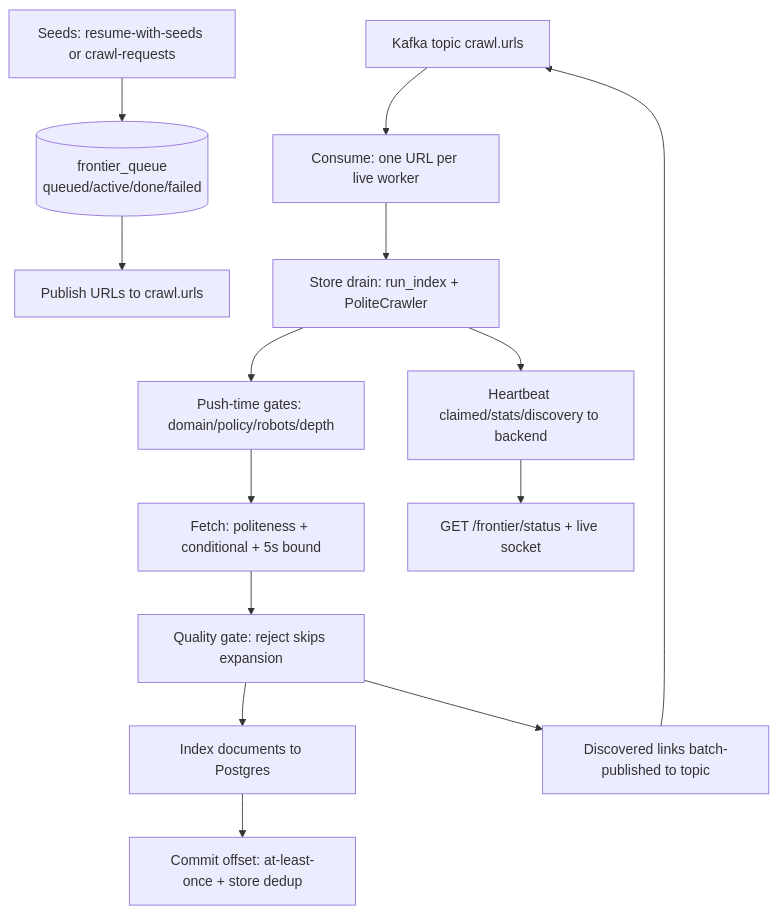
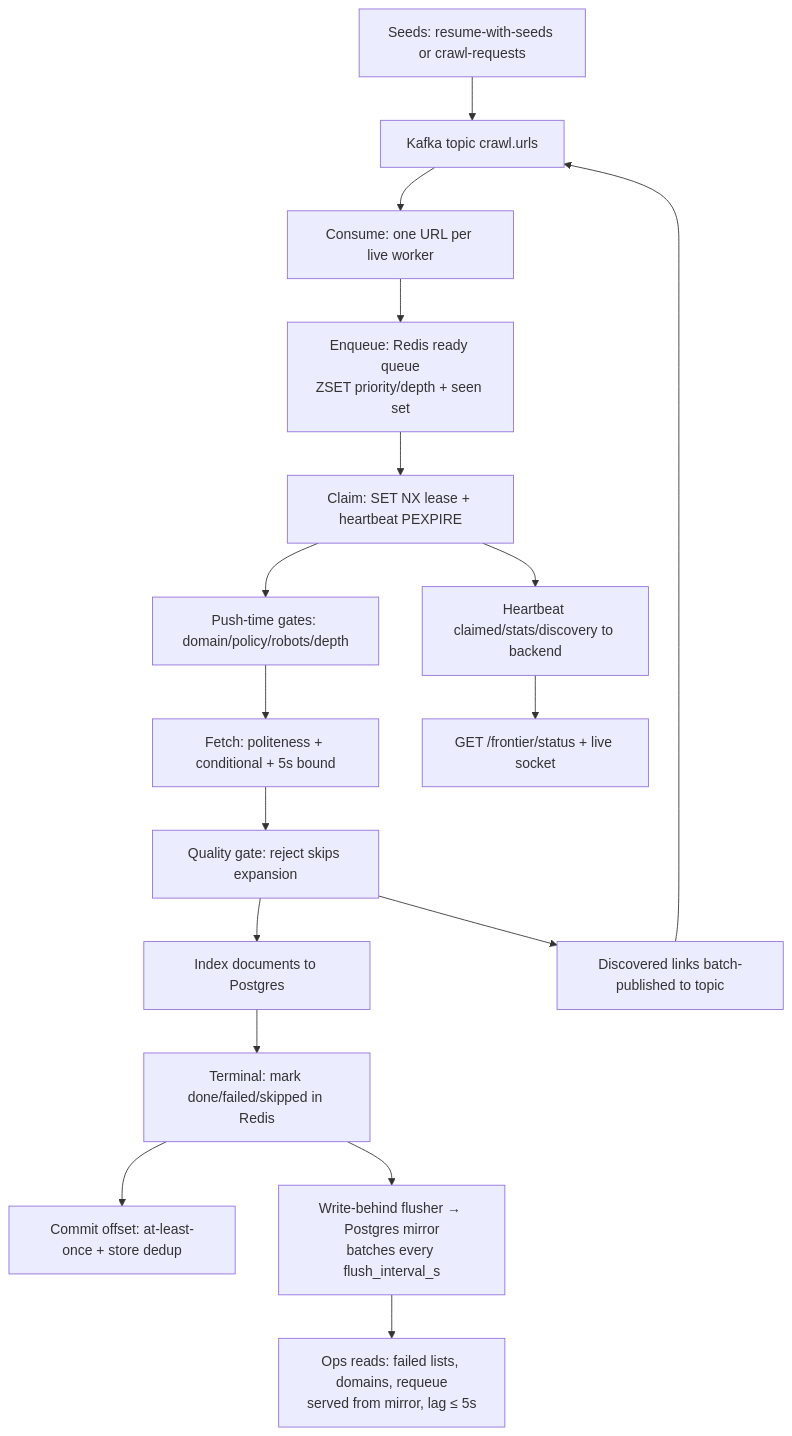
One commit to rajanbajaj/openlens changed the third of 4 diagrams in docs/wiki/Architecture.md. Above: the diagram before and after it, drawn with Mermaid. The commit also changed other lines of this file, not shown here.

Commit message:
Update architecture diagrams for Redis frontier hot path

````diff
--- a/docs/wiki/Architecture.md
+++ b/docs/wiki/Architecture.md
@@ -57,16 +58,19 @@
 ```mermaid
 flowchart TB
-    SEED[Seeds: resume-with-seeds or crawl-requests] --> ST[(frontier_queue<br/>queued/active/done/failed)]
-    ST --> PUB[Publish URLs to crawl.urls]
-    K[Kafka topic crawl.urls] --> CON[Consume: one URL per live worker]
-    CON --> DR[Store drain: run_index + PoliteCrawler]
-    DR --> POL[Push-time gates: domain/policy/robots/depth]
+    SEED[Seeds: resume-with-seeds or crawl-requests] --> K[Kafka topic crawl.urls]
+    K --> CON[Consume: one URL per live worker]
+    CON --> ENQ[Enqueue: Redis ready queue<br/>ZSET priority/depth + seen set]
+    ENQ --> CLM[Claim: SET NX lease + heartbeat PEXPIRE]
+    CLM --> POL[Push-time gates: domain/policy/robots/depth]
     POL --> FET[Fetch: politeness + conditional + 5s bound]
     FET --> Q[Quality gate: reject skips expansion]
     Q --> IDX[Index documents to Postgres]
     Q --> LINK[Discovered links batch-published to topic]
     LINK --> K
-    IDX --> COM[Commit offset: at-least-once + store dedup]
-    DR --> HB[Heartbeat claimed/stats/discovery to backend]
+    IDX --> TERM[Terminal: mark done/failed/skipped in Redis]
+    TERM --> COM[Commit offset: at-least-once + store dedup]
+    TERM --> FL[Write-behind flusher → Postgres mirror<br/>batches every flush_interval_s]
+    FL --> OPS[Ops reads: failed lists, domains, requeue<br/>served from mirror, lag ≤ 5s]
+    CLM --> HB[Heartbeat claimed/stats/discovery to backend]
     HB --> API[GET /frontier/status + live socket]
 ```
````
